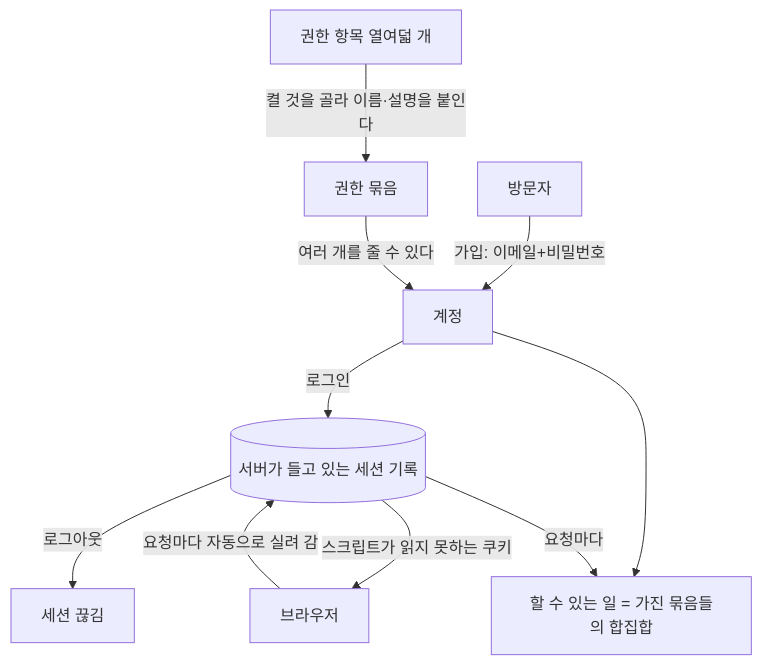
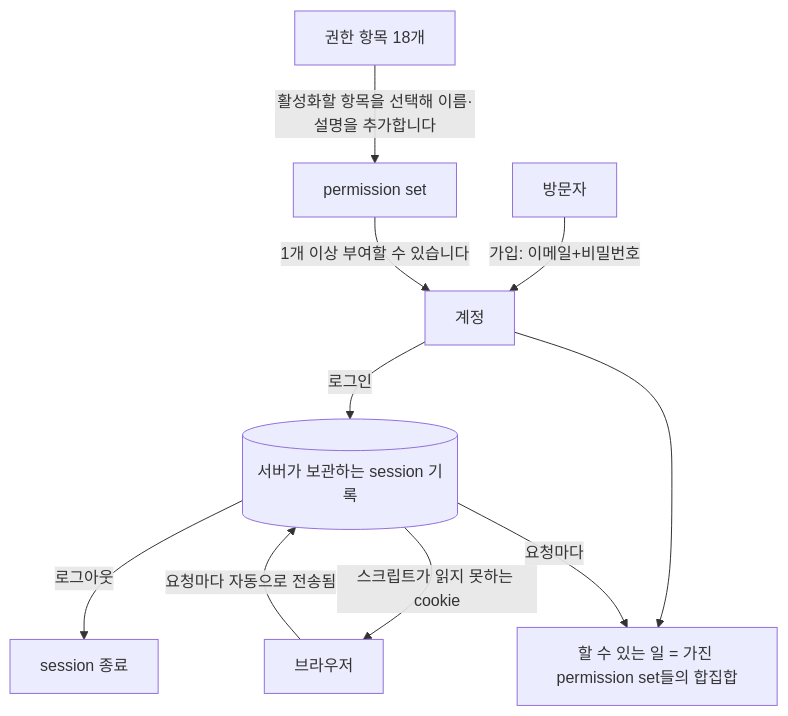
Before and after one commit to minkong-dev/Banblit: the first of 4 diagrams in .cluedoc/accounts-and-roles/README.md, drawn with Mermaid. The commit also changed other lines of this file and 188 other files, not shown here.

````diff
--- a/.cluedoc/accounts-and-roles/README.md
+++ b/.cluedoc/accounts-and-roles/README.md
@@ -47,12 +47,12 @@
 ```mermaid
 flowchart TD
     V[방문자] -->|가입: 이메일+비밀번호| U[계정]
-    U -->|로그인| S[(서버가 들고 있는 세션 기록)]
-    S -->|스크립트가 읽지 못하는 쿠키| B[브라우저]
-    B -->|요청마다 자동으로 실려 감| S
-    S -->|로그아웃| X[세션 끊김]
-    I[권한 항목 열여덟 개] -->|켤 것을 골라 이름·설명을 붙인다| P[권한 묶음]
-    P -->|여러 개를 줄 수 있다| U
-    U --> C[할 수 있는 일 = 가진 묶음들의 합집합]
+    U -->|로그인| S[(서버가 보관하는 session 기록)]
+    S -->|스크립트가 읽지 못하는 cookie| B[브라우저]
+    B -->|요청마다 자동으로 전송됨| S
+    S -->|로그아웃| X[session 종료]
+    I[권한 항목 18개] -->|활성화할 항목을 선택해 이름·설명을 추가합니다| P[permission set]
+    P -->|1개 이상 부여할 수 있습니다| U
+    U --> C[할 수 있는 일 = 가진 permission set들의 합집합]
     S -->|요청마다| C
 ```
````
